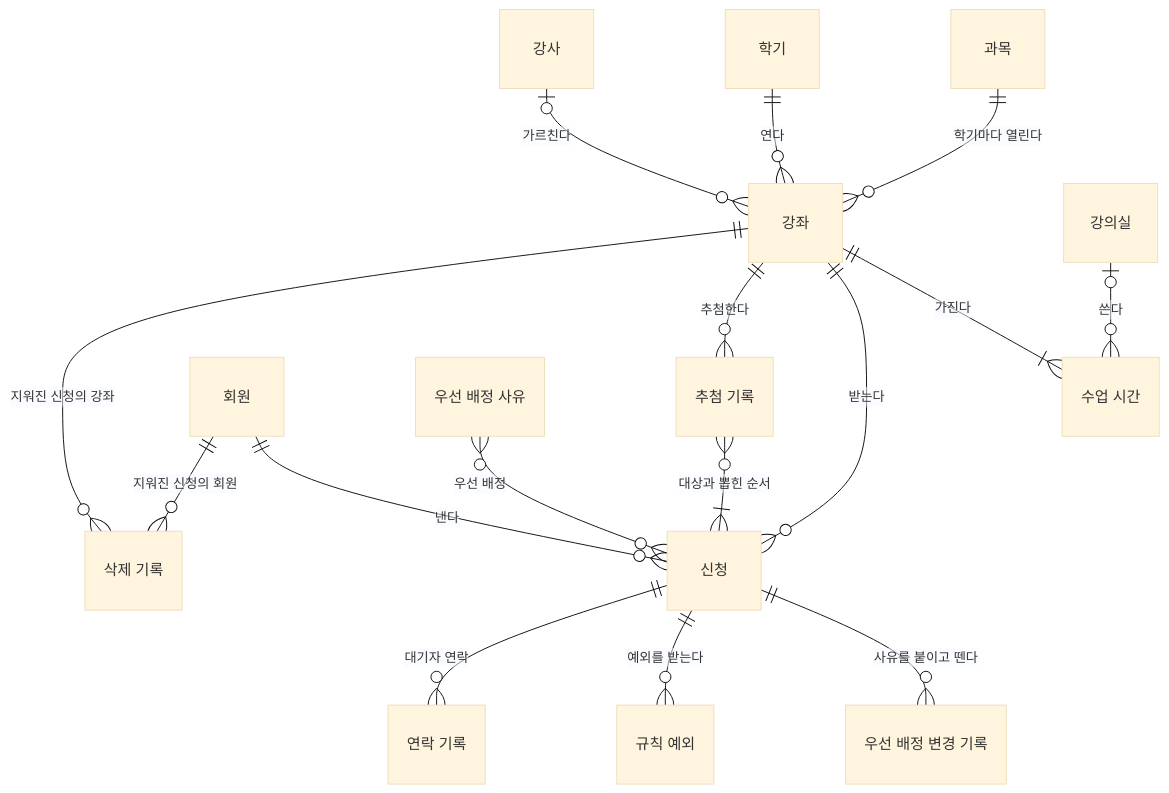
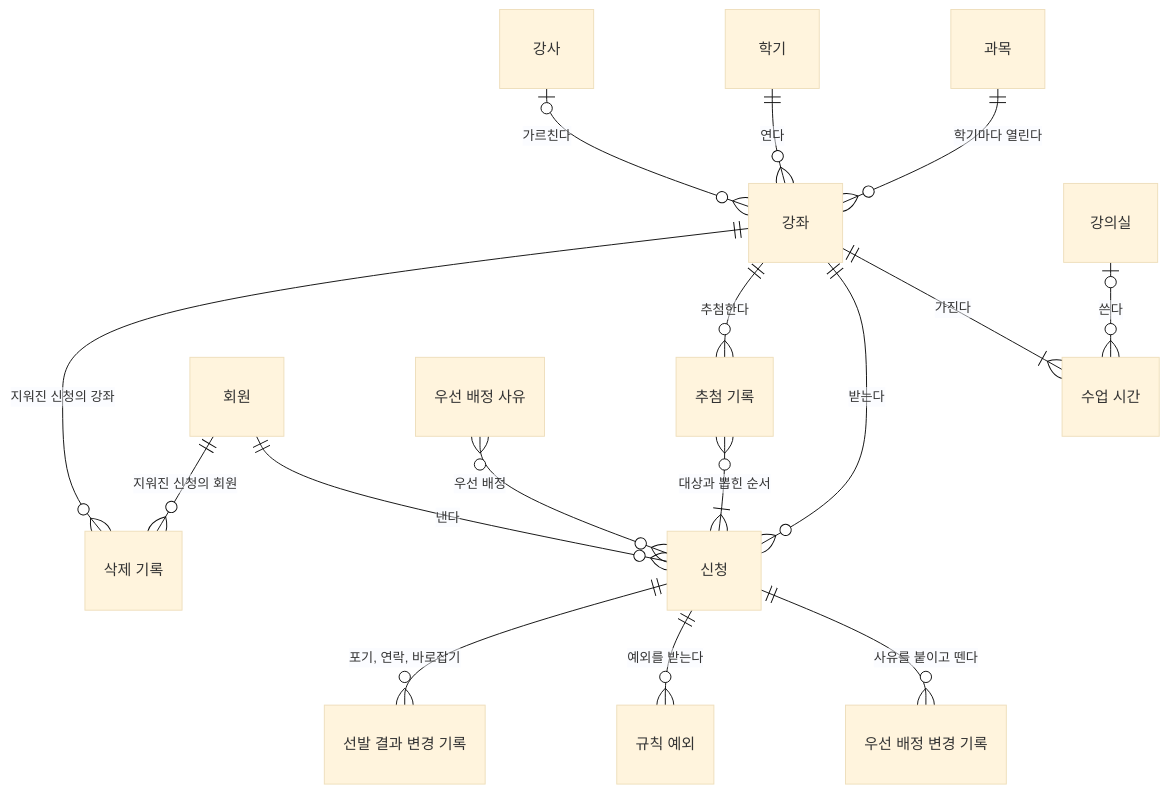
The first of 2 diagrams in docs/domain/ERD.md (Homeria/baeum-maru), drawn with Mermaid (base theme) before and after one commit. The commit also changed other lines of this file and 41 other files, not shown here.

````diff
--- a/docs/domain/ERD.md
+++ b/docs/domain/ERD.md
@@ -10,36 +10,36 @@
 ```mermaid
 erDiagram
     Term["학기"]
     Subject["과목"]
     Course["강좌"]
     Schedule["수업 시간"]
     Instructor["강사"]
     Room["강의실"]
     Member["회원"]
     Application["신청"]
     PriorityReason["우선 배정 사유"]
     RuleOverride["규칙 예외"]
-    ContactLog["연락 기록"]
+    SelectionChange["선발 결과 변경 기록"]
     LotteryRun["추첨 기록"]
     DeletionRecord["삭제 기록"]
     PriorityChange["우선 배정 변경 기록"]
 
     Subject ||--o{ Course : "학기마다 열린다"
     Term ||--o{ Course : "연다"
     Course ||--|{ Schedule : "가진다"
     Instructor |o--o{ Course : "가르친다"
     Room |o--o{ Schedule : "쓴다"
 
     Member ||--o{ Application : "낸다"
     Course ||--o{ Application : "받는다"
     PriorityReason }o--o{ Application : "우선 배정"
     Application ||--o{ PriorityChange : "사유를 붙이고 뗀다"
     Application ||--o{ RuleOverride : "예외를 받는다"
-    Application ||--o{ ContactLog : "대기자 연락"
+    Application ||--o{ SelectionChange : "포기, 연락, 바로잡기"
 
     Course ||--o{ LotteryRun : "추첨한다"
     LotteryRun }o--|{ Application : "대상과 뽑힌 순서"
 
     Member ||--o{ DeletionRecord : "지워진 신청의 회원"
     Course ||--o{ DeletionRecord : "지워진 신청의 강좌"
 ```
````
